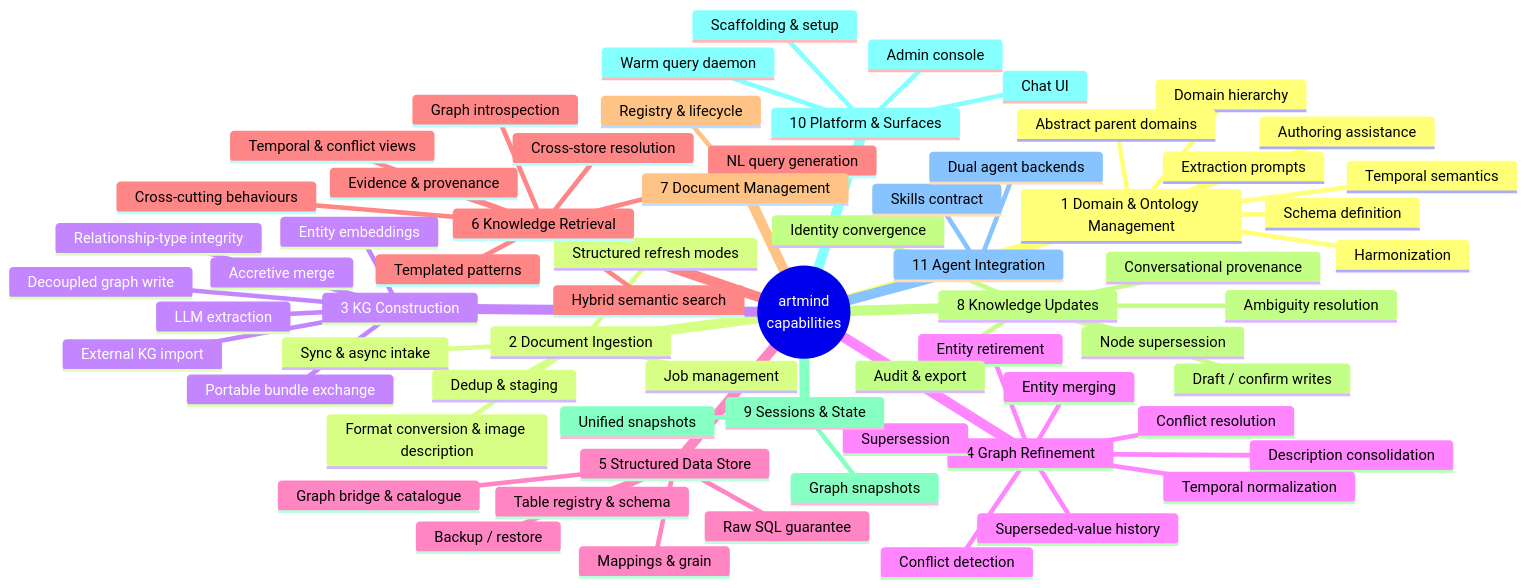
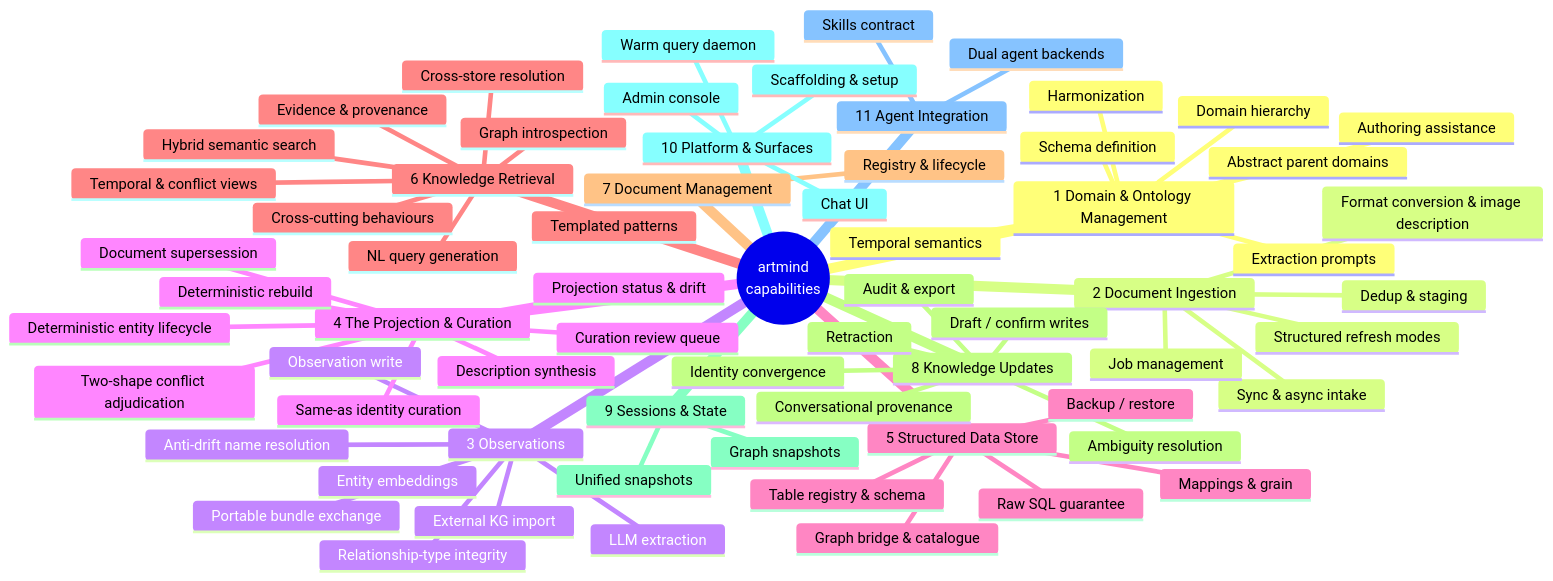
Before and after one commit to neurongraph/artmind9: the diagram in docs/CAPABILITIES.md, drawn with Mermaid. The commit also changed other lines of this file and 39 other files, not shown here.

First line of the commit message:
Phase 7: surfaces — skills, schemas, prompts, structural-schema drift test

````diff
--- a/docs/CAPABILITIES.md
+++ b/docs/CAPABILITIES.md
@@ -28,70 +28,70 @@
 ```mermaid
 mindmap
   root((artmind<br/>capabilities))
     1 Domain & Ontology Management
       Schema definition
       Domain hierarchy
       Extraction prompts
       Harmonization
       Temporal semantics
       Abstract parent domains
       Authoring assistance
     2 Document Ingestion
       Sync & async intake
       Job management
       Dedup & staging
       Structured refresh modes
       Format conversion & image description
-    3 KG Construction
+    3 Observations
       LLM extraction
-      Decoupled graph write
+      Anti-drift name resolution
+      Observation write
       External KG import
       Portable bundle exchange
       Entity embeddings
       Relationship-type integrity
-      Accretive merge
-    4 Graph Refinement
-      Entity merging
-      Description consolidation
-      Temporal normalization
-      Conflict detection
-      Supersession
-      Entity retirement
-      Superseded-value history
-      Conflict resolution
+    4 The Projection & Curation
+      Deterministic rebuild
+      Same-as identity curation
+      Two-shape conflict adjudication
+      Curation review queue
+      Description synthesis
+      Document supersession
+      Deterministic entity lifecycle
+      Projection status & drift
     5 Structured Data Store
       Table registry & schema
       Raw SQL guarantee
       Mappings & grain
       Graph bridge & catalogue
       Backup / restore
     6 Knowledge Retrieval
       Graph introspection
       Templated patterns
       Hybrid semantic search
       NL query generation
       Evidence & provenance
       Temporal & conflict views
       Cross-store resolution
       Cross-cutting behaviours
     7 Document Management
       Registry & lifecycle
     8 Knowledge Updates
       Draft / confirm writes
       Ambiguity resolution
-      Node supersession
+      Retraction
       Conversational provenance
       Identity convergence
       Audit & export
     9 Sessions & State
       Graph snapshots
       Unified snapshots
     10 Platform & Surfaces
       Scaffolding & setup
       Warm query daemon
       Chat UI
       Admin console
     11 Agent Integration
       Skills contract
       Dual agent backends
 ```
````
